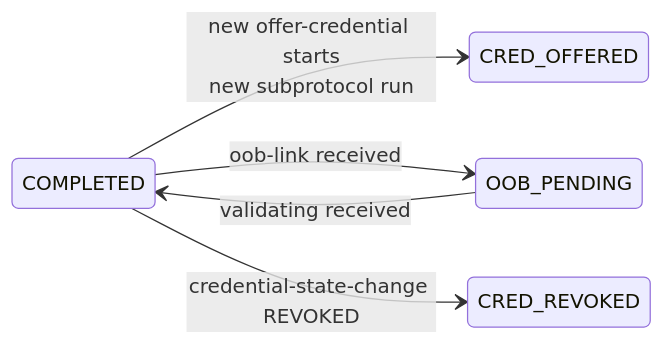
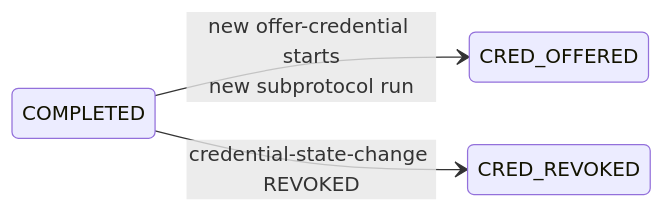
One commit to verana-labs/verana-spec changed the fourth of 4 diagrams in v4/vt-flow-protocol/spec.md. Above: the diagram before and after it, drawn with Mermaid. The commit also changed other lines of this file and 2 other files, not shown here.

````diff
--- a/v4/vt-flow-protocol/spec.md
+++ b/v4/vt-flow-protocol/spec.md
@@ -563,8 +569,6 @@
 ```mermaid
 stateDiagram-v2
     direction LR
     COMPLETED --> CRED_OFFERED: new offer-credential starts<br/>new subprotocol run
-    COMPLETED --> OOB_PENDING: oob-link received
-    OOB_PENDING --> COMPLETED: validating received
     COMPLETED --> CRED_REVOKED: credential-state-change REVOKED
 ```
````
